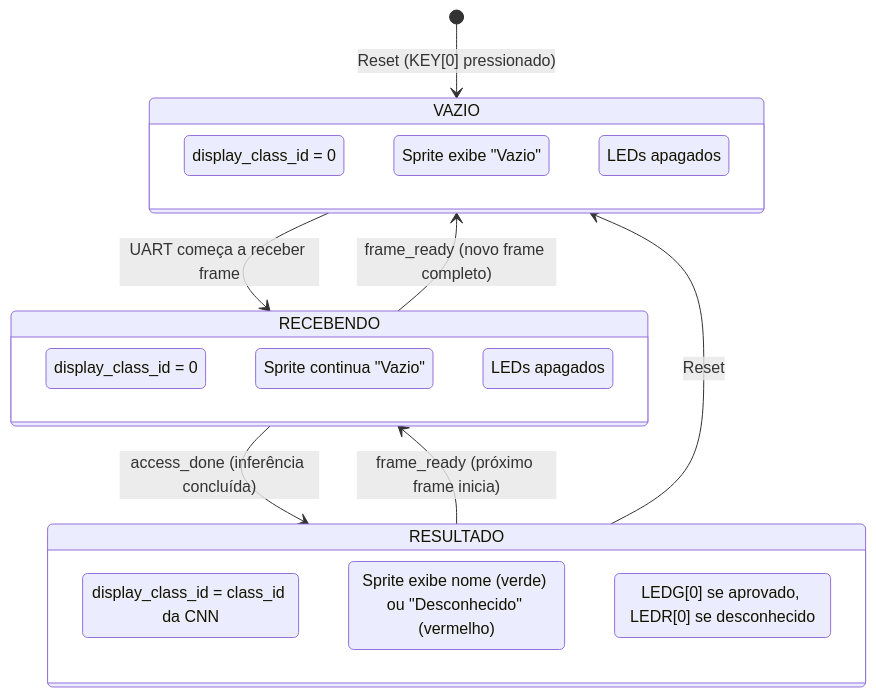
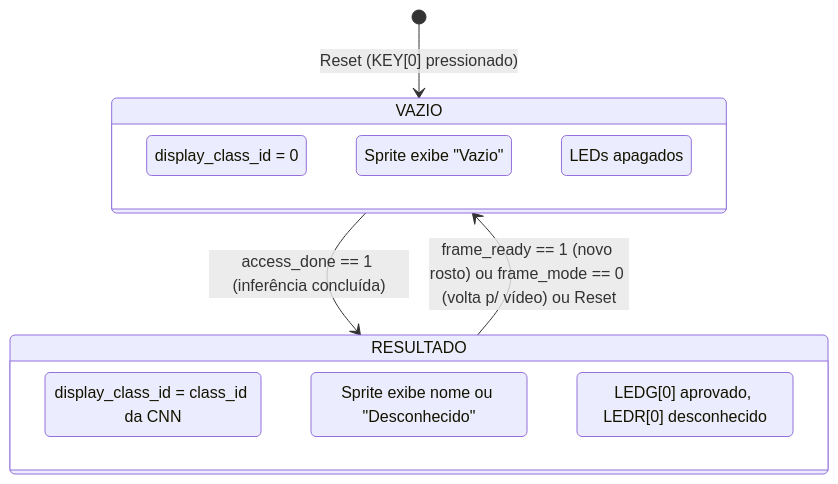
Before and after one commit to archmdes/Lab---IA: the fourth of 7 diagrams in explicacoes/maquinas_de_estado.md, drawn with Mermaid. The commit also changed other lines of this file and 11 other files, not shown here.

````diff
--- a/explicacoes/maquinas_de_estado.md
+++ b/explicacoes/maquinas_de_estado.md
@@ -116,28 +116,19 @@
 ```mermaid
 stateDiagram-v2
     [*] --> VAZIO : Reset (KEY[0] pressionado)
 
     state VAZIO {
         display_class_id_eq_0: display_class_id = 0
         sprite_vazio: Sprite exibe "Vazio"
         leds_off: LEDs apagados
     }
 
-    state RECEBENDO {
-        display_class_id_eq_0_2: display_class_id = 0
-        sprite_vazio_2: Sprite continua "Vazio"
-        leds_off_2: LEDs apagados
+    state RESULTADO {
+        display_class_id_capturado: display_class_id = class_id da CNN
+        sprite_nome: Sprite exibe nome ou "Desconhecido"
+        leds_on: LEDG[0] aprovado, LEDR[0] desconhecido
     }
 
-    state RESULTADO {
-        display_class_id_capturado: display_class_id = class_id da CNN
-        sprite_nome: Sprite exibe nome (verde) ou "Desconhecido" (vermelho)
-        leds_on: LEDG[0] se aprovado, LEDR[0] se desconhecido
-    }
-
-    VAZIO --> RECEBENDO : UART começa a receber frame
-    RECEBENDO --> VAZIO : frame_ready (novo frame completo)
-    RECEBENDO --> RESULTADO : access_done (inferência concluída)
-    RESULTADO --> RECEBENDO : frame_ready (próximo frame inicia)
-    RESULTADO --> VAZIO : Reset
+    VAZIO --> RESULTADO : access_done == 1 (inferência concluída)
+    RESULTADO --> VAZIO : frame_ready == 1 (novo rosto) ou frame_mode == 0 (volta p/ vídeo) ou Reset
 ```
````
